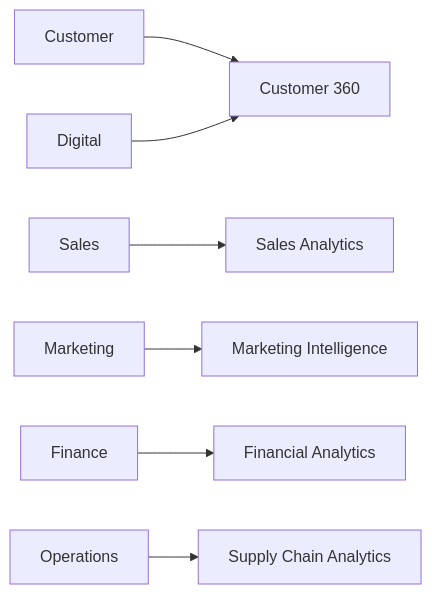
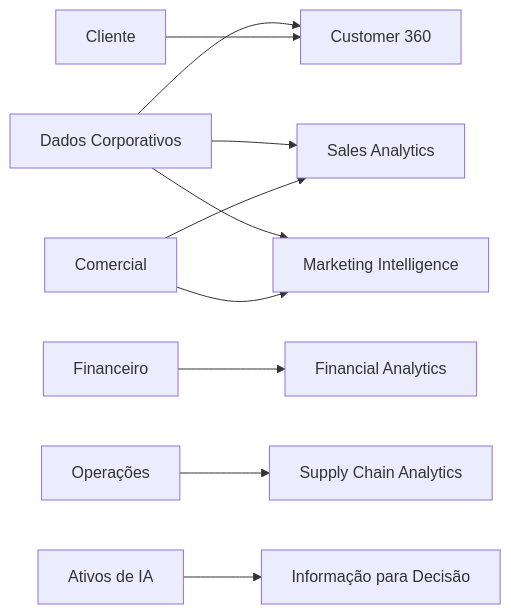
One commit to rogereufrasio/adtech-omnichannel-platform changed the second of 2 diagrams in programs/02-enterprise-data-ai-platform/information-architecture/data-domain-model.md. Above: the diagram before and after it, drawn with Mermaid. The commit also changed other lines of this file and 260 other files, not shown here.

Commit message:
release: finalize Enterprise Architecture Practice v1.0.0

````diff
--- a/programs/02-enterprise-data-ai-platform/information-architecture/data-domain-model.md
+++ b/programs/02-enterprise-data-ai-platform/information-architecture/data-domain-model.md
@@ -96,15 +98,13 @@
 ```mermaid
 flowchart LR
 
-Customer --> Customer360["Customer 360"]
-
-Sales --> SalesAnalytics["Sales Analytics"]
-
-Marketing --> MarketingInsights["Marketing Intelligence"]
-
-Finance --> FinancialAnalytics["Financial Analytics"]
-
-Operations --> SupplyAnalytics["Supply Chain Analytics"]
-
-Digital --> Customer360
+Customer["Cliente"] --> Customer360["Customer 360"]
+Commercial["Comercial"] --> SalesAnalytics["Sales Analytics"]
+Commercial --> MarketingInsights["Marketing Intelligence"]
+Finance["Financeiro"] --> FinancialAnalytics["Financial Analytics"]
+Operations["Operações"] --> SupplyAnalytics["Supply Chain Analytics"]
+Data["Dados Corporativos"] --> Customer360
+Data --> SalesAnalytics
+Data --> MarketingInsights
+AI["Ativos de IA"] --> Decision["Informação para Decisão"]
 ```
````
